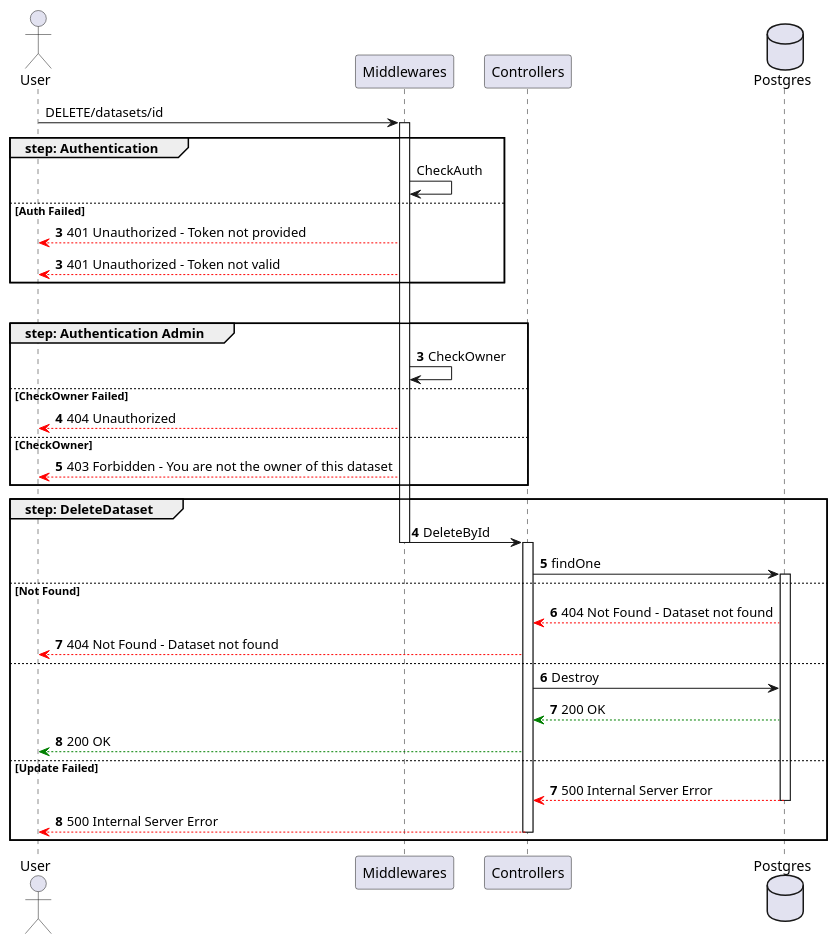
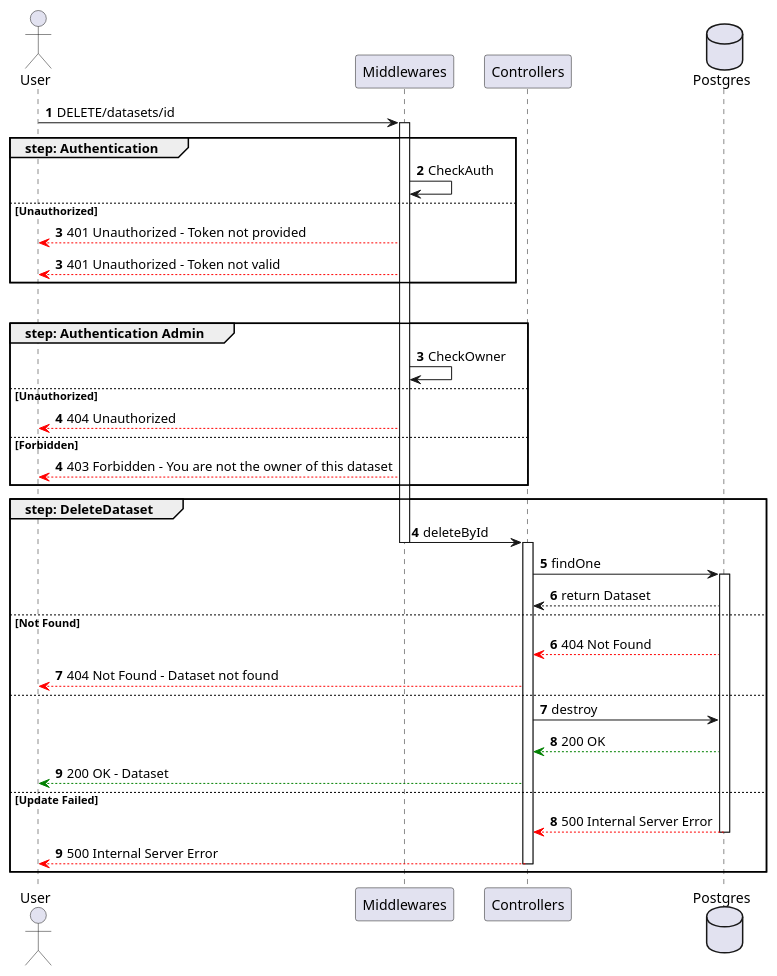
Before and after one commit to ShadowWalker1411/ProgrammazioneAvanzataREPO: the diagram in sequence_diagrams/datasets/DeleteDataset.puml, drawn with PlantUML. The commit also changed 1 other file, not shown here.

```diff
--- a/sequence_diagrams/datasets/DeleteDataset.puml
+++ b/sequence_diagrams/datasets/DeleteDataset.puml
@@ -1,46 +1,50 @@
-@startuml
+@startuml deteteDataset
 
 actor User
 
 participant Middlewares
 participant Controllers
 database Postgres
 
+autonumber
 User -> Middlewares ++: DELETE/datasets/id
 group step: Authentication
     Middlewares -> Middlewares : CheckAuth
-else Auth Failed
+else Unauthorized
     autonumber 3
     Middlewares --[#red]> User : 401 Unauthorized - Token not provided
     autonumber 3
     Middlewares --[#red]> User : 401 Unauthorized - Token not valid
 end
 group step: CheckOwner 
     autonumber 3
     group step: Authentication Admin
     Middlewares -> Middlewares : CheckOwner 
-else CheckOwner Failed
-autonumber 4
+else Unauthorized
+    autonumber 4
     Middlewares --[#red]> User : 404 Unauthorized
-else CheckOwner 
+else Forbidden
+    autonumber 4
     Middlewares --[#red]> User : 403 Forbidden - You are not the owner of this dataset
 end
 
 group step: DeleteDataset
     autonumber 4
-    Middlewares -> Controllers--++: DeleteById
-    Controllers -> Postgres++: findOne
+    Middlewares -> Controllers --++: deleteById
+    Controllers -> Postgres ++: findOne
+    Postgres --> Controllers : return Dataset
 else Not Found
-    Postgres --[#red]> Controllers : 404 Not Found - Dataset not found
+    autonumber 6
+    Postgres --[#red]> Controllers : 404 Not Found
     Controllers --[#red]> User : 404 Not Found - Dataset not found
 else
-    autonumber 6
-    Controllers -> Postgres : Destroy
+    autonumber 7
+    Controllers -> Postgres : destroy
     Postgres --[#green]> Controllers : 200 OK
-    Controllers --[#green]> User : 200 OK
+    Controllers --[#green]> User : 200 OK - Dataset
 else Update Failed
-    autonumber 7
+    autonumber 8
     Postgres --[#red]> Controllers --: 500 Internal Server Error
     Controllers --[#red]> User --: 500 Internal Server Error
 end
 @enduml
```
